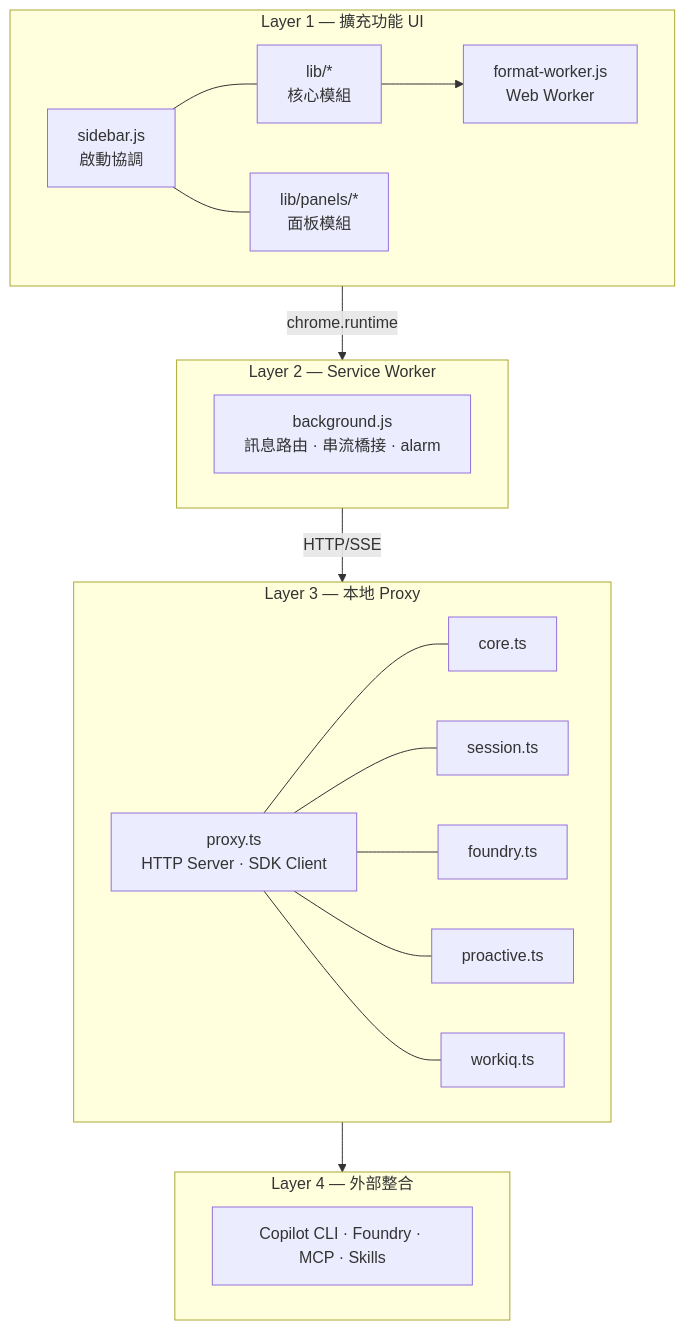
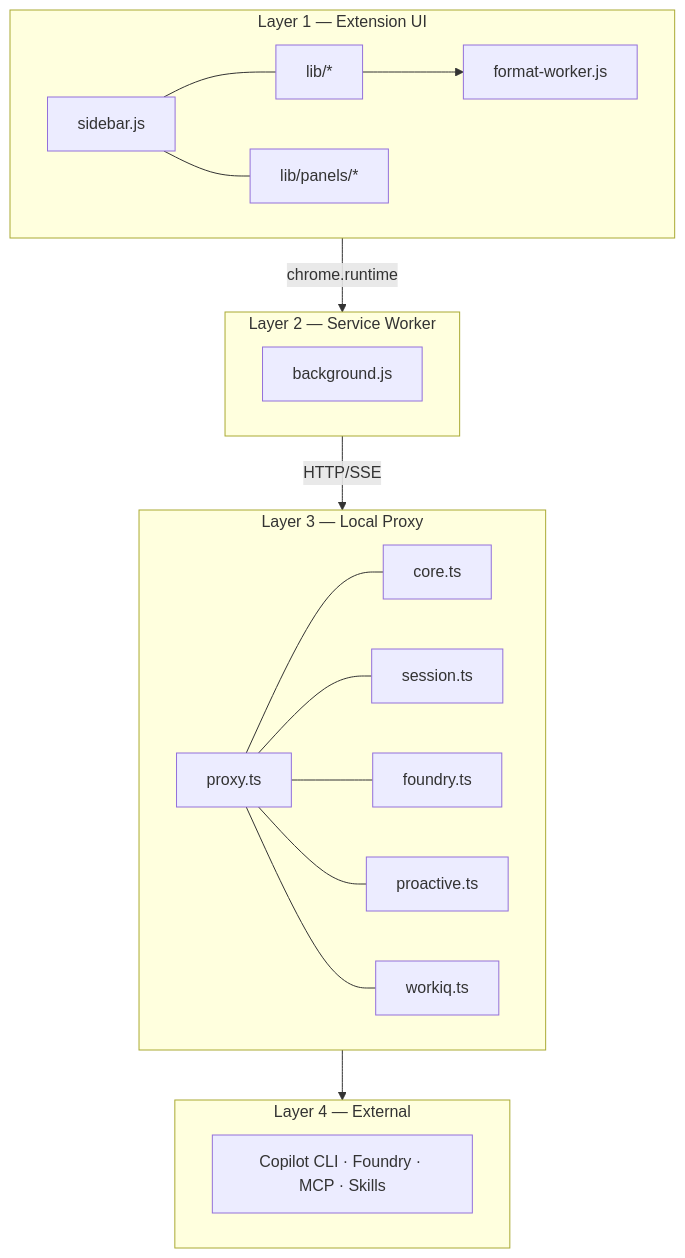
One commit to payton-chou-ms/browser-ext-for-iq-agent changed the second of 9 diagrams in docs/architecture.md. Above: the diagram before and after it, drawn with Mermaid. The commit also changed other lines of this file and 80 other files, not shown here.

Commit message:
Remove old proxy implementation and add image path transformation in session routes

````diff
--- a/docs/architecture.md
+++ b/docs/architecture.md
@@ -59,33 +55,33 @@
 ```mermaid
 flowchart TB
-  subgraph L1["Layer 1 — 擴充功能 UI"]
-    SB[sidebar.js<br/>啟動協調]
-    LIB[lib/*<br/>核心模組]
-    PNL[lib/panels/*<br/>面板模組]
-    WK[format-worker.js<br/>Web Worker]
+  subgraph L1["Layer 1 — Extension UI"]
+    SB["sidebar.js"]
+    LIB["lib/*"]
+    PNL["lib/panels/*"]
+    WK["format-worker.js"]
   end
 
   subgraph L2["Layer 2 — Service Worker"]
-    BG2[background.js<br/>訊息路由 · 串流橋接 · alarm]
+    BG2["background.js"]
   end
 
-  subgraph L3["Layer 3 — 本地 Proxy"]
-    PX[proxy.ts<br/>HTTP Server · SDK Client]
-    R1[core.ts]
-    R2[session.ts]
-    R3[foundry.ts]
-    R4[proactive.ts]
-    R5[workiq.ts]
+  subgraph L3["Layer 3 — Local Proxy"]
+    PX["proxy.ts"]
+    R1["core.ts"]
+    R2["session.ts"]
+    R3["foundry.ts"]
+    R4["proactive.ts"]
+    R5["workiq.ts"]
   end
 
-  subgraph L4["Layer 4 — 外部整合"]
+  subgraph L4["Layer 4 — External"]
     EXT["Copilot CLI · Foundry · MCP · Skills"]
   end
 
-  L1 -->|chrome.runtime| L2
-  L2 -->|HTTP/SSE| L3
+  L1 -- chrome.runtime --> L2
+  L2 -- HTTP/SSE --> L3
   L3 --> L4
   PX --- R1 & R2 & R3 & R4 & R5
   SB --- LIB & PNL
   LIB --> WK
 ```
````
